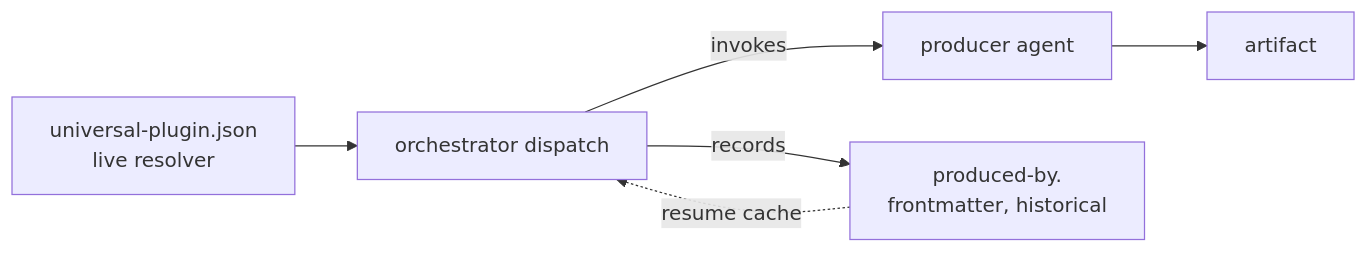
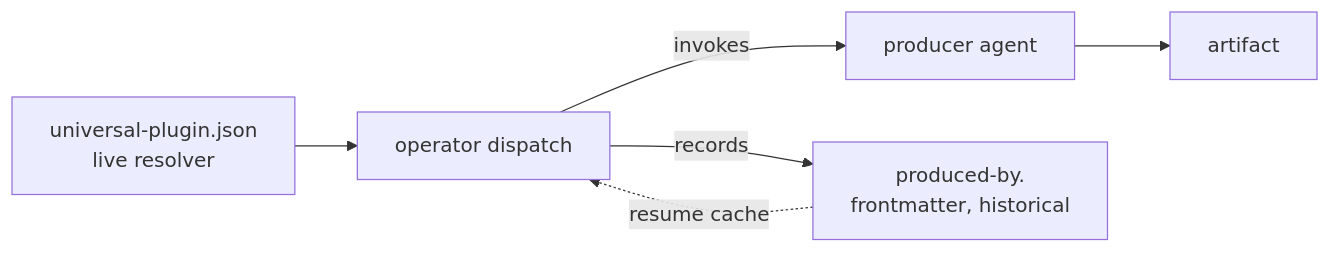
The first of 2 diagrams in artifacts/specs/sdd-provenance/spec.md (cyberuni/cyberplace), drawn with Mermaid before and after one commit. The commit also changed other lines of this file and 86 other files, not shown here.

First line of the commit message:
refactor(sdd): complete the sdd-orchestrator → sdd-operator cutover

````diff
--- a/artifacts/specs/sdd-provenance/spec.md
+++ b/artifacts/specs/sdd-provenance/spec.md
@@ -40,8 +40,8 @@
 ```mermaid
 flowchart LR
-  reg[universal-plugin.json<br/>live resolver] --> disp[orchestrator dispatch]
+  reg[universal-plugin.json<br/>live resolver] --> disp[operator dispatch]
   disp -->|invokes| prod[producer agent]
   prod --> art[artifact]
   disp -->|records| pby[produced-by.<role><br/>frontmatter, historical]
   pby -.resume cache.-> disp
 ```
````
